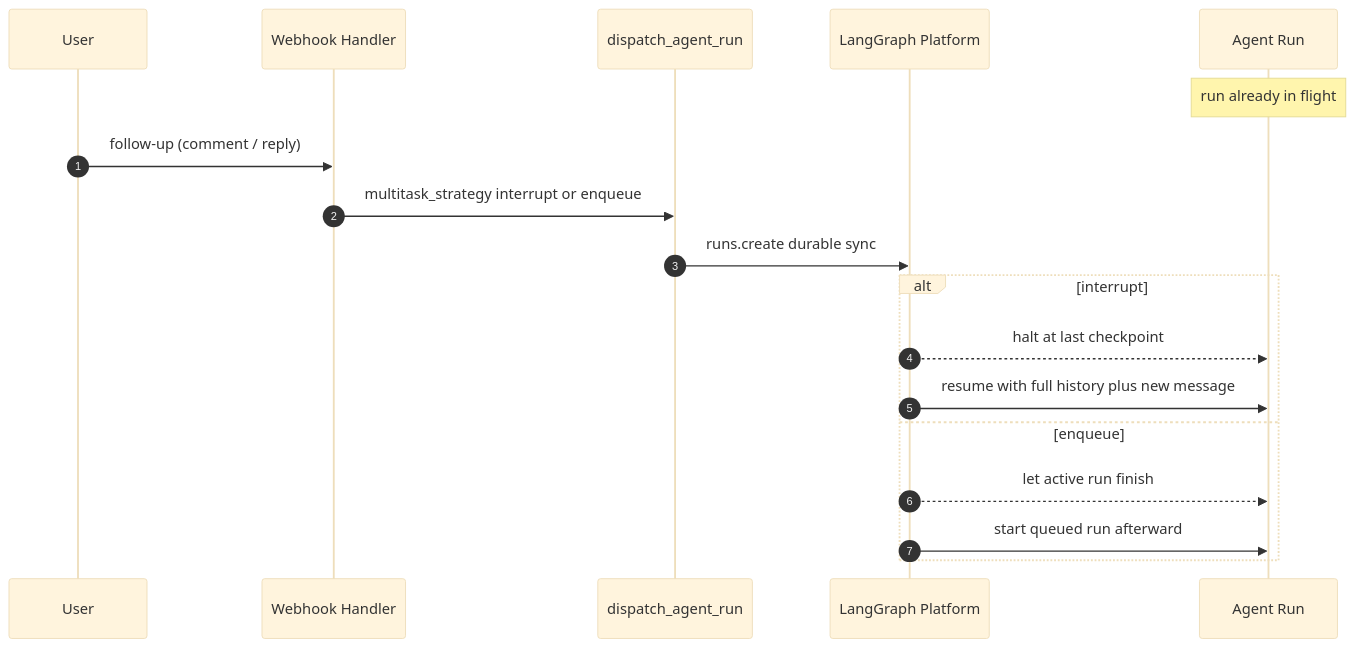
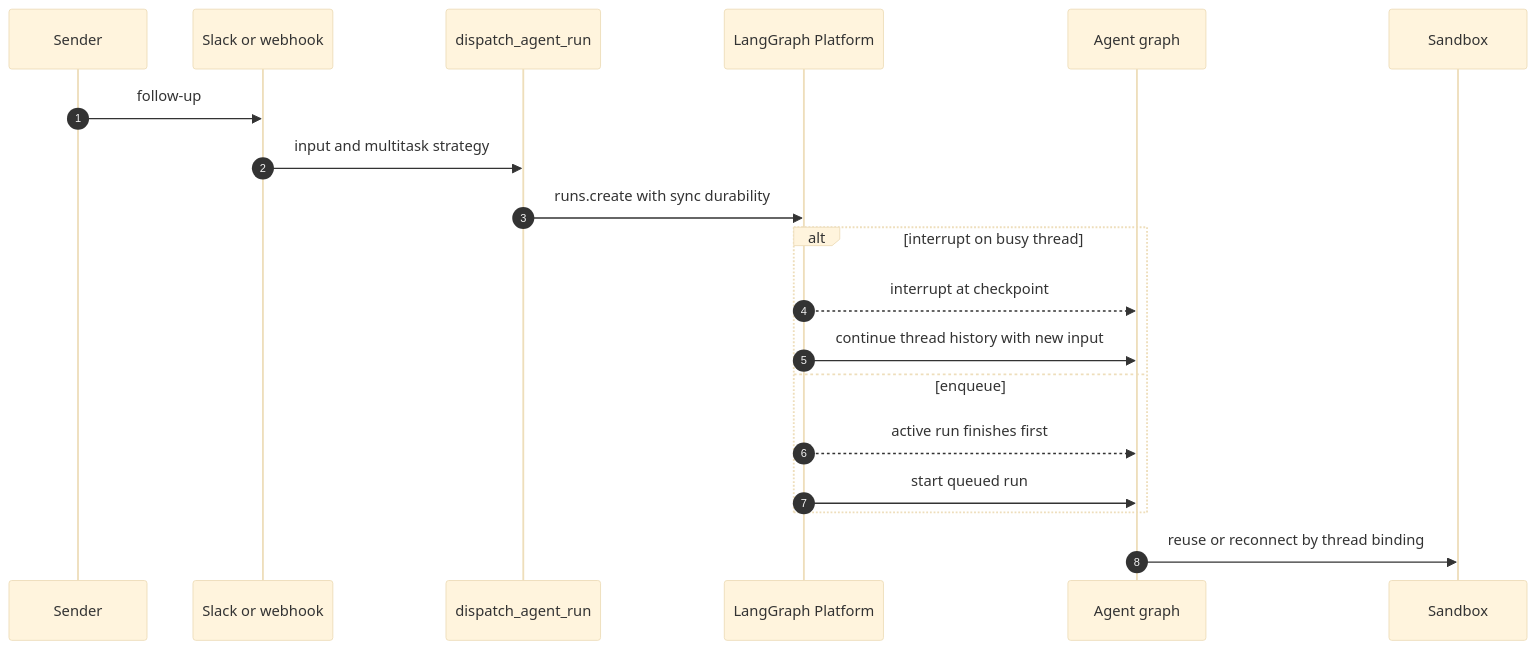
One commit to langchain-ai/open-swe changed the first of 2 diagrams in openwiki/workflows/follow-up-messages.md. Above: the diagram before and after it, drawn with Mermaid (base theme). The commit also changed other lines of this file and 52 other files, not shown here.

````diff
--- a/openwiki/workflows/follow-up-messages.md
+++ b/openwiki/workflows/follow-up-messages.md
@@ -77,21 +94,22 @@
 ```mermaid
 sequenceDiagram
     autonumber
-    participant User
-    participant Webhook as Webhook Handler
+    participant Sender
+    participant Trigger as Slack or webhook
     participant Dispatch as dispatch_agent_run
     participant Platform as LangGraph Platform
-    participant Agent as Agent Run
+    participant Agent as Agent graph
+    participant Sandbox
 
-    Note over Agent: run already in flight
-    User->>Webhook: follow-up (comment / reply)
-    Webhook->>Dispatch: multitask_strategy interrupt or enqueue
-    Dispatch->>Platform: runs.create durable sync
-    alt interrupt
-        Platform-->>Agent: halt at last checkpoint
-        Platform->>Agent: resume with full history plus new message
+    Sender->>Trigger: follow-up
+    Trigger->>Dispatch: input and multitask strategy
+    Dispatch->>Platform: runs.create with sync durability
+    alt interrupt on busy thread
+        Platform-->>Agent: interrupt at checkpoint
+        Platform->>Agent: continue thread history with new input
     else enqueue
-        Platform-->>Agent: let active run finish
-        Platform->>Agent: start queued run afterward
+        Platform-->>Agent: active run finishes first
+        Platform->>Agent: start queued run
     end
+    Agent->>Sandbox: reuse or reconnect by thread binding
 ```
````
